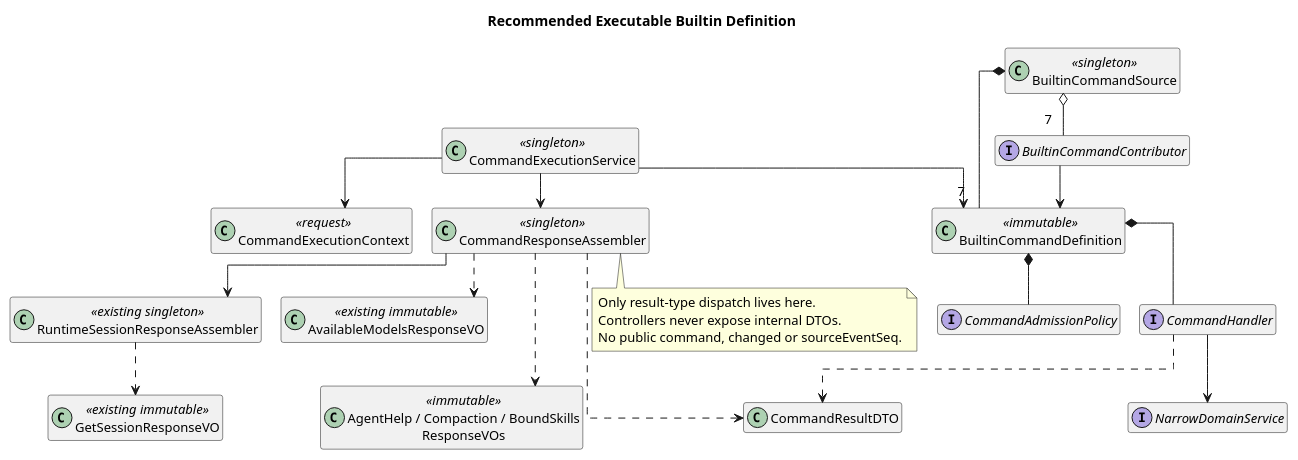
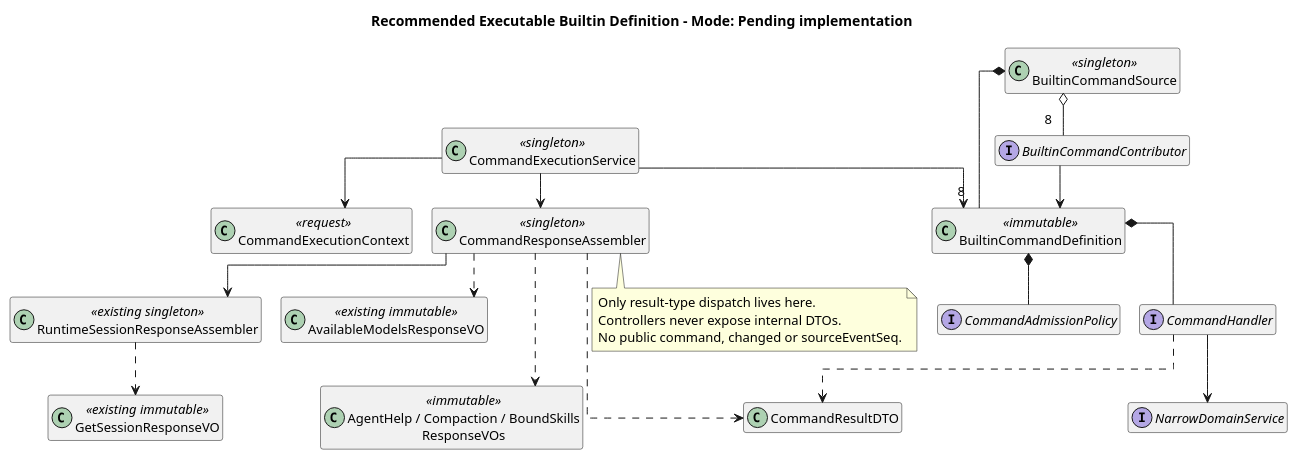
The first of 3 diagrams in 04-命令与技能/01-内置命令/设计图/diagram.puml (ssm0808/pi-mono-java-design), drawn with PlantUML before and after one commit. The commit also changed 36 other files, not shown here.

Commit message:
docs(command): add plan and build mode switching

```diff
--- a/04-命令与技能/01-内置命令/设计图/diagram.puml
+++ b/04-命令与技能/01-内置命令/设计图/diagram.puml
@@ -1,59 +1,59 @@
 @startuml target_command_core_classes
 top to bottom direction
 skinparam backgroundColor white
 skinparam shadowing false
 skinparam defaultFontName SansSerif
 skinparam defaultFontSize 13
 skinparam classAttributeIconSize 0
 skinparam packageStyle rectangle
 skinparam nodesep 20
 skinparam ranksep 35
 skinparam linetype ortho
 hide empty members
-title Recommended Executable Builtin Definition
+title Recommended Executable Builtin Definition - Mode: Pending implementation
 ' Source evidence: pi-mono-java@53eff85c modules/coding-agent-cli/src/main/java/com/campusclaw/codingagent/runtimeapi/service/command/CommandResponseAssembler.java assemble.
 ' Design reason: each contributor owns metadata, admission, and handler; no central command-name switch.
 ' Source evidence: pi-mono-java@6f52fddc modules/coding-agent-cli/src/main/java/com/campusclaw/codingagent/runtimeapi/session/RuntimeSessionResponseAssembler.java getView.
 ' Architecture change: project business resources, never serialize the internal command receipt.
 interface BuiltinCommandContributor
 class BuiltinCommandSource <<singleton>>
 class BuiltinCommandDefinition <<immutable>>
 interface CommandHandler
 interface CommandAdmissionPolicy
 class CommandExecutionContext <<request>>
 class CommandExecutionService <<singleton>>
 class CommandResponseAssembler <<singleton>>
 class CommandResultDTO
 class RuntimeSessionResponseAssembler <<existing singleton>>
 class GetSessionResponseVO <<existing immutable>>
 class AvailableModelsResponseVO <<existing immutable>>
 class "AgentHelp / Compaction / BoundSkills\nResponseVOs" as BusinessVOs <<immutable>>
 interface NarrowDomainService
-BuiltinCommandSource o-- "7" BuiltinCommandContributor
+BuiltinCommandSource o-- "8" BuiltinCommandContributor
 BuiltinCommandContributor --> BuiltinCommandDefinition
-BuiltinCommandSource *-- "7" BuiltinCommandDefinition
+BuiltinCommandSource *-- "8" BuiltinCommandDefinition
 BuiltinCommandDefinition *-- CommandHandler
 BuiltinCommandDefinition *-- CommandAdmissionPolicy
 CommandExecutionService --> CommandExecutionContext
 CommandExecutionService --> BuiltinCommandDefinition
 CommandHandler --> NarrowDomainService
 CommandHandler ..> CommandResultDTO
 CommandExecutionService --> CommandResponseAssembler
 CommandResponseAssembler ..> CommandResultDTO
 CommandResponseAssembler --> RuntimeSessionResponseAssembler
 RuntimeSessionResponseAssembler ..> GetSessionResponseVO
 CommandResponseAssembler ..> AvailableModelsResponseVO
 CommandResponseAssembler ..> BusinessVOs
 note bottom of CommandResponseAssembler
 Only result-type dispatch lives here.
 Controllers never expose internal DTOs.
 No public command, changed or sourceEventSeq.
 end note
 CommandExecutionService -[hidden]down-> BuiltinCommandDefinition
 BuiltinCommandDefinition -[hidden]down-> CommandHandler
 CommandHandler -[hidden]down-> NarrowDomainService
 CommandResponseAssembler -[hidden]down-> RuntimeSessionResponseAssembler
 AvailableModelsResponseVO -[hidden]down-> BusinessVOs
 BuiltinCommandSource -[hidden]down-> BuiltinCommandContributor
 CommandExecutionContext -[hidden]down-> CommandExecutionService
 @enduml
```
